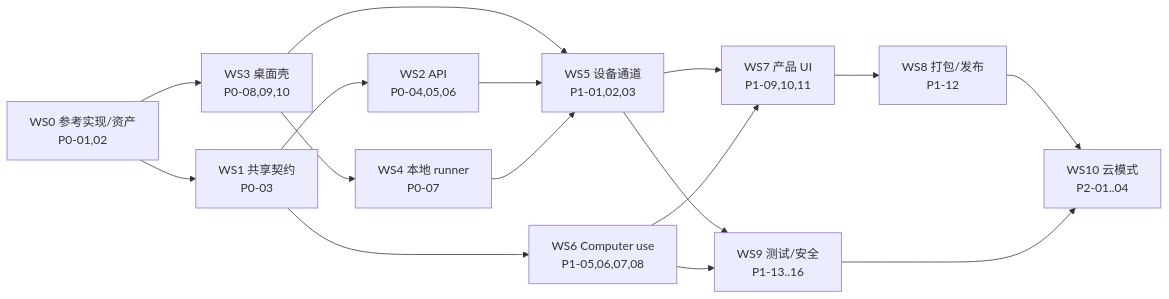
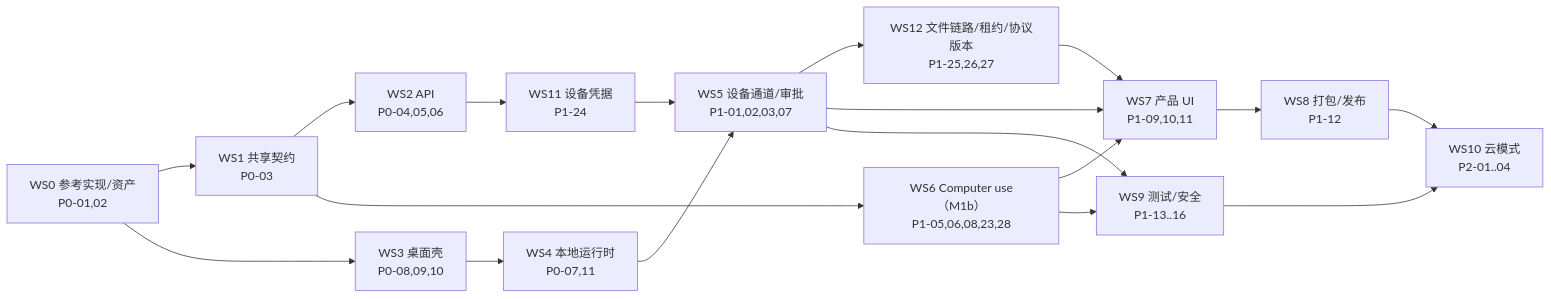
One commit to LingX-AI/LinkSense changed the diagram in docs/development/linksense-desktop-dual-mode-task-breakdown-2026-11-16.md. Above: the diagram before and after it, drawn with Mermaid. The commit also changed other lines of this file and 2 other files, not shown here.

````diff
--- a/docs/development/linksense-desktop-dual-mode-task-breakdown-2026-11-16.md
+++ b/docs/development/linksense-desktop-dual-mode-task-breakdown-2026-11-16.md
@@ -42,18 +44,20 @@
 ```mermaid
 flowchart LR
     WS0["WS0 参考实现/资产<br/>P0-01,02"] --> WS1["WS1 共享契约<br/>P0-03"]
     WS1 --> WS2["WS2 API<br/>P0-04,05,06"]
-    WS1 --> WS6["WS6 Computer use<br/>P1-05,06,07,08"]
+    WS1 --> WS6["WS6 Computer use（M1b）<br/>P1-05,06,08,23,28"]
     WS0 --> WS3["WS3 桌面壳<br/>P0-08,09,10"]
-    WS3 --> WS5["WS5 设备通道<br/>P1-01,02,03"]
-    WS2 --> WS5
-    WS3 --> WS4["WS4 本地 runner<br/>P0-07"]
+    WS3 --> WS4["WS4 本地运行时<br/>P0-07,11"]
+    WS2 --> WS11["WS11 设备凭据<br/>P1-24"]
+    WS11 --> WS5["WS5 设备通道/审批<br/>P1-01,02,03,07"]
     WS4 --> WS5
+    WS5 --> WS12["WS12 文件链路/租约/协议版本<br/>P1-25,26,27"]
     WS5 --> WS7["WS7 产品 UI<br/>P1-09,10,11"]
     WS6 --> WS7
+    WS12 --> WS7
     WS7 --> WS8["WS8 打包/发布<br/>P1-12"]
     WS5 --> WS9["WS9 测试/安全<br/>P1-13..16"]
     WS6 --> WS9
     WS8 --> WS10["WS10 云模式<br/>P2-01..04"]
     WS9 --> WS10
 ```
````
